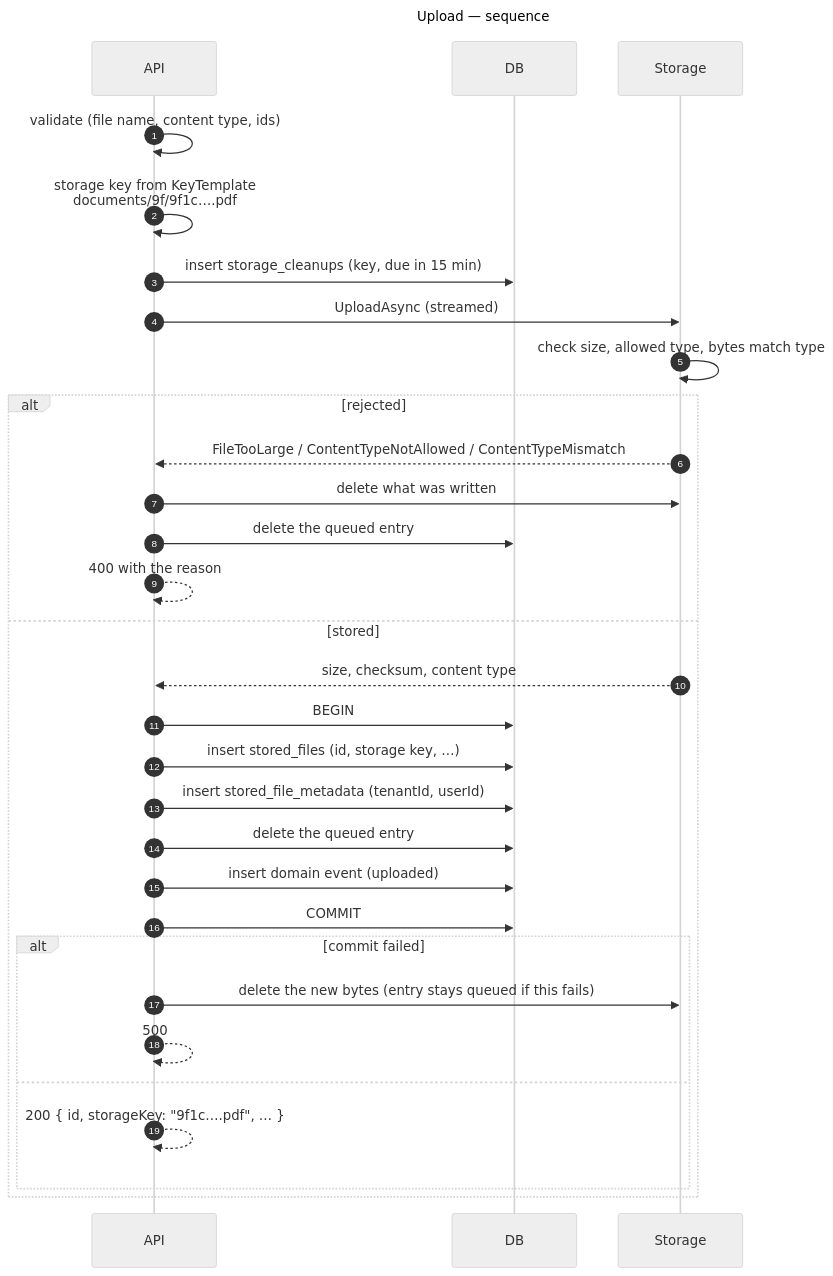
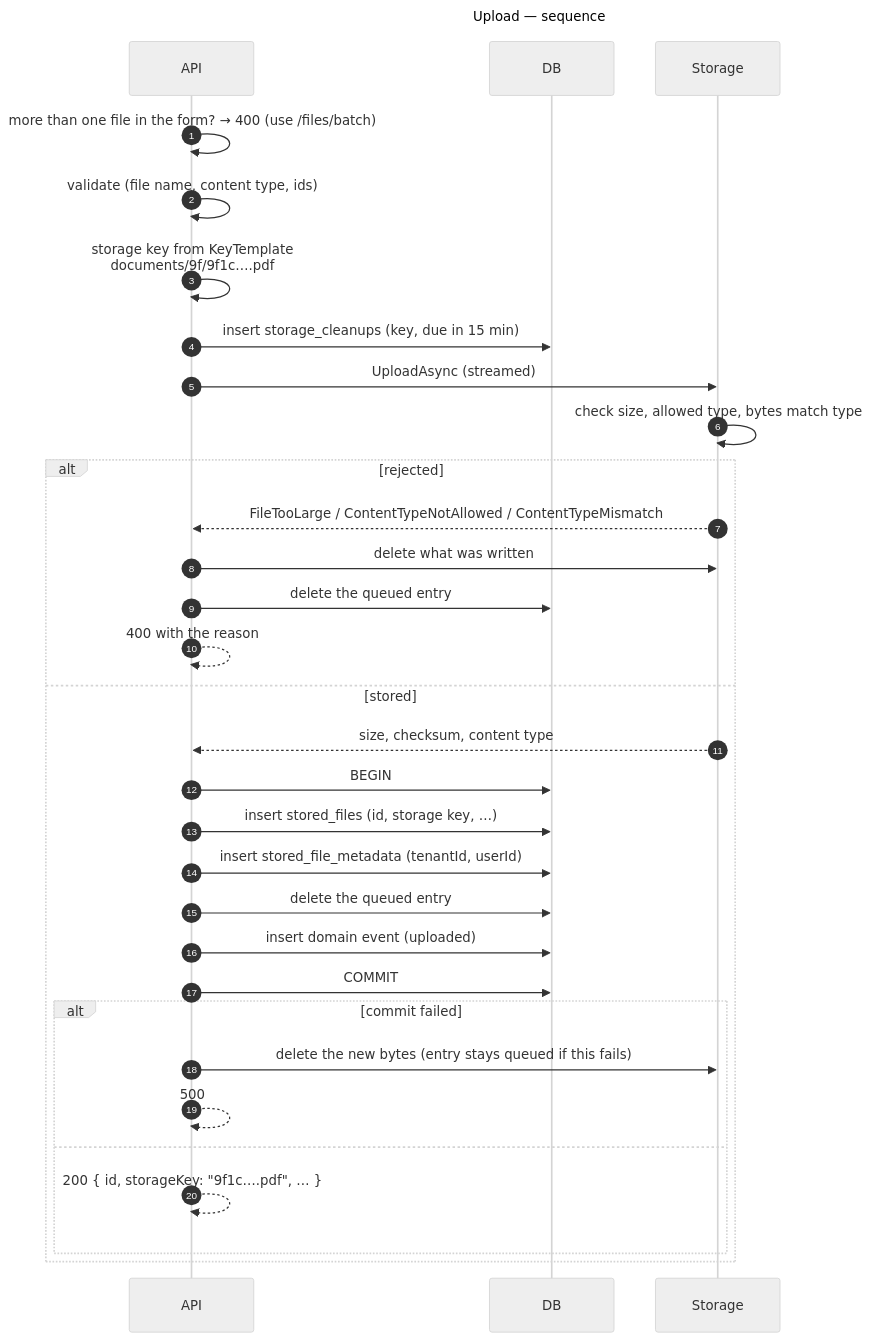
One commit to gmetskhvarishvili/GM.FileStorage.Samples changed the third of 14 diagrams in docs/sequence-diagrams.md. Above: the diagram before and after it, drawn with Mermaid (neutral theme). The commit also changed other lines of this file and 12 other files, not shown here.

````diff
--- a/docs/sequence-diagrams.md
+++ b/docs/sequence-diagrams.md
@@ -93,36 +93,37 @@
 ```mermaid
 ---
 title: Upload — sequence
 ---
 sequenceDiagram
     autonumber
     participant API
     participant DB
     participant S as Storage
 
+    API->>API: more than one file in the form? → 400 (use /files/batch)
     API->>API: validate (file name, content type, ids)
     API->>API: storage key from KeyTemplate<br/>documents/9f/9f1c….pdf
     API->>DB: insert storage_cleanups (key, due in 15 min)
     API->>S: UploadAsync (streamed)
     S->>S: check size, allowed type, bytes match type
     alt rejected
         S-->>API: FileTooLarge / ContentTypeNotAllowed / ContentTypeMismatch
         API->>S: delete what was written
         API->>DB: delete the queued entry
         API-->>API: 400 with the reason
     else stored
         S-->>API: size, checksum, content type
         API->>DB: BEGIN
         API->>DB: insert stored_files (id, storage key, …)
         API->>DB: insert stored_file_metadata (tenantId, userId)
         API->>DB: delete the queued entry
         API->>DB: insert domain event (uploaded)
         API->>DB: COMMIT
         alt commit failed
             API->>S: delete the new bytes (entry stays queued if this fails)
             API-->>API: 500
         else
             API-->>API: 200 { id, storageKey: "9f1c….pdf", … }
         end
     end
 ```
````
